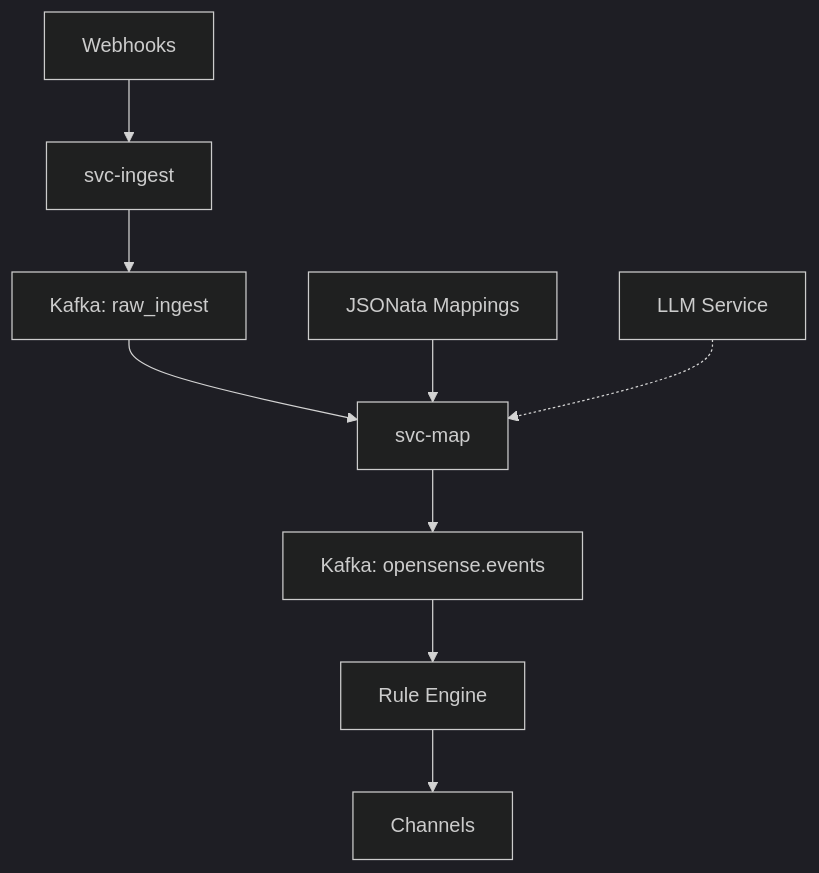
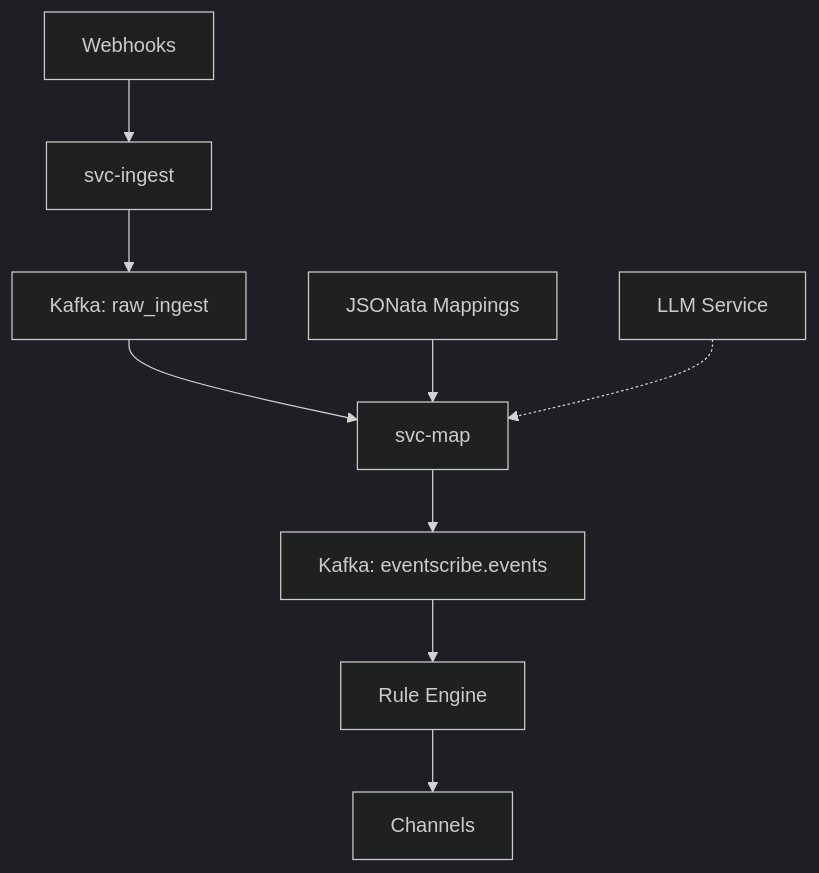
One commit to convolabai/opensense changed the diagram in README.md. Above: the diagram before and after it, drawn with Mermaid (dark theme). The commit also changed other lines of this file and 13 other files, not shown here.

````diff
--- a/README.md
+++ b/README.md
@@ -183,11 +183,11 @@
 ```mermaid
 graph TD
     A[Webhooks] --> B[svc-ingest]
     B --> C[Kafka: raw_ingest]
     C --> D[svc-map]
-    D --> E[Kafka: opensense.events]
+    D --> E[Kafka: eventscribe.events]
     E --> F[Rule Engine]
     F --> G[Channels]
     H[JSONata Mappings] --> D
     I[LLM Service] -.-> D
 ```
````
